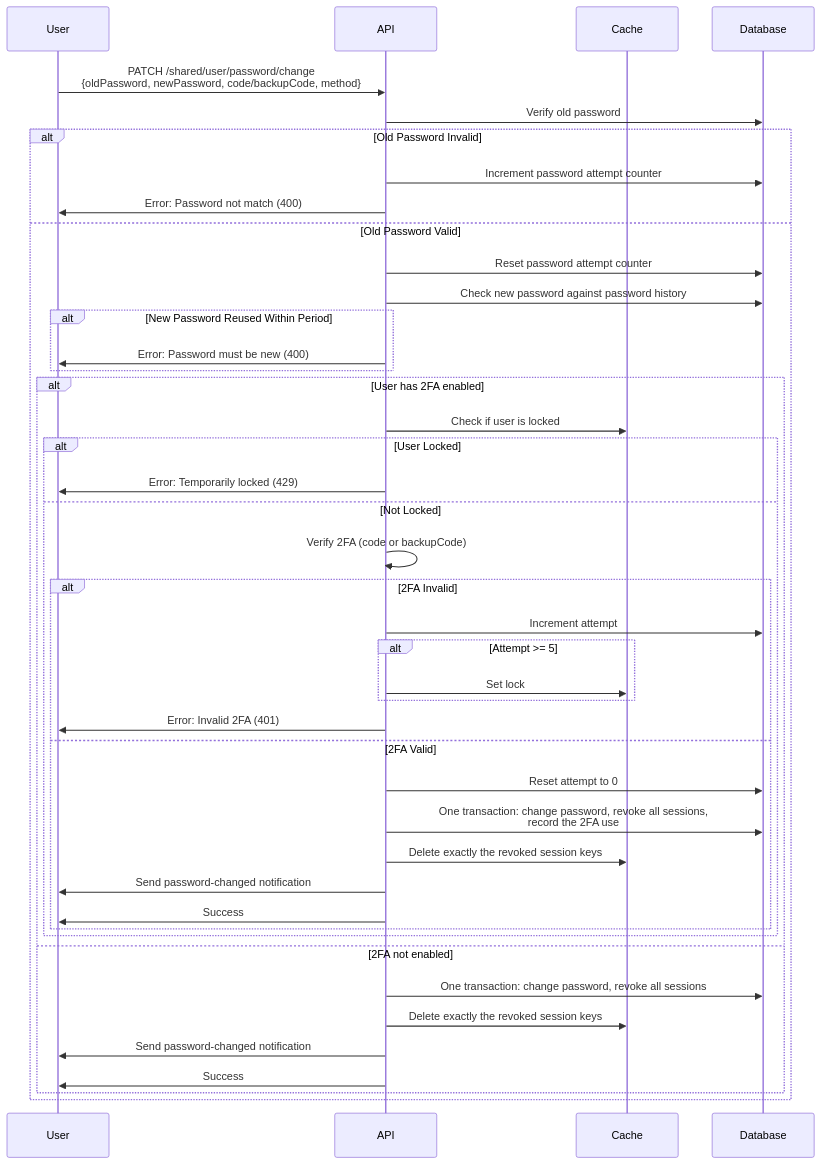
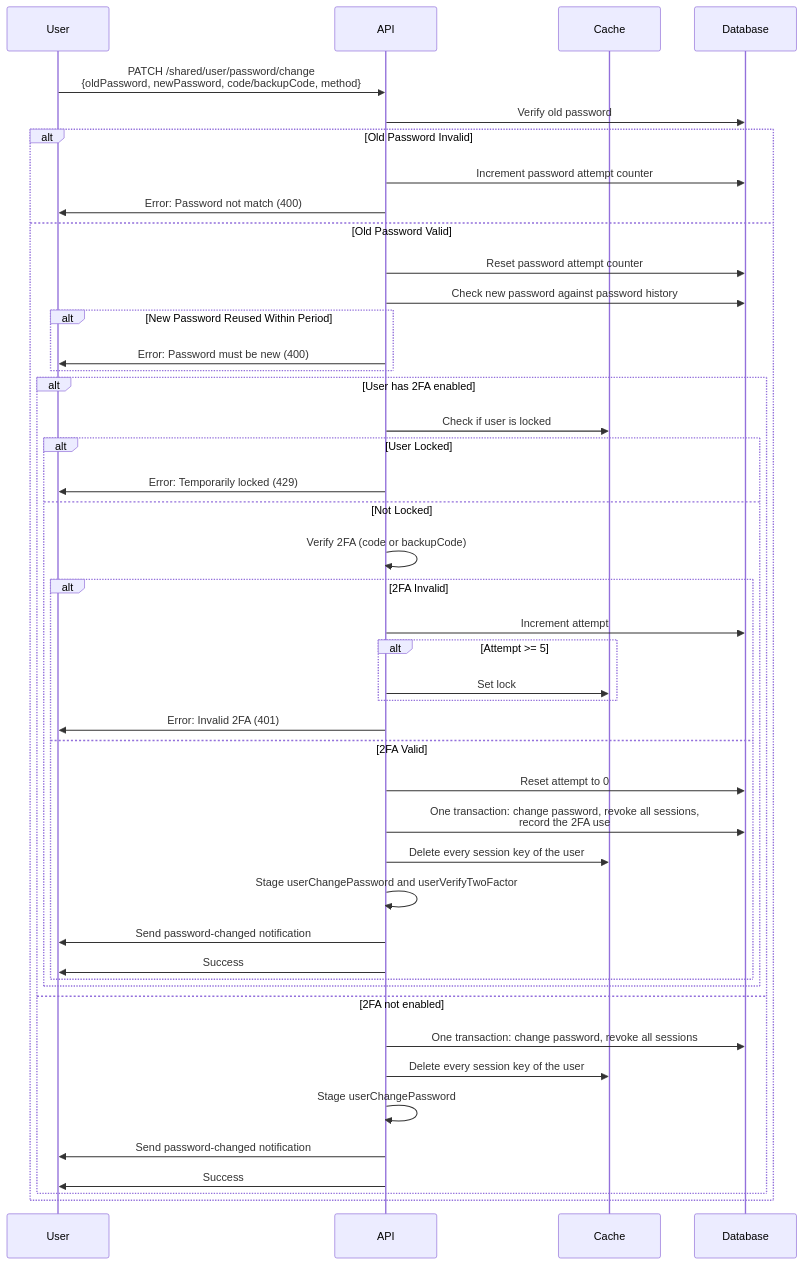
One commit to andrechristikan/ack-nestjs-boilerplate changed the seventh of 9 diagrams in docs/two-factor.md. Above: the diagram before and after it, drawn with Mermaid. The commit also changed other lines of this file and 141 other files, not shown here.

````diff
--- a/docs/two-factor.md
+++ b/docs/two-factor.md
@@ -414,46 +429,48 @@
 ```mermaid
 sequenceDiagram
     participant User
     participant API
     participant Cache
     participant Database
 
     User->>API: PATCH /shared/user/password/change<br/>{oldPassword, newPassword, code/backupCode, method}
     API->>Database: Verify old password
     alt Old Password Invalid
         API->>Database: Increment password attempt counter
         API->>User: Error: Password not match (400)
     else Old Password Valid
         API->>Database: Reset password attempt counter
         API->>Database: Check new password against password history
         alt New Password Reused Within Period
             API->>User: Error: Password must be new (400)
         end
         alt User has 2FA enabled
             API->>Cache: Check if user is locked
             alt User Locked
                 API->>User: Error: Temporarily locked (429)
             else Not Locked
                 API->>API: Verify 2FA (code or backupCode)
                 alt 2FA Invalid
                     API->>Database: Increment attempt
                     alt Attempt >= 5
                         API->>Cache: Set lock
                     end
                     API->>User: Error: Invalid 2FA (401)
                 else 2FA Valid
                     API->>Database: Reset attempt to 0
                     API->>Database: One transaction: change password, revoke all sessions,<br/>record the 2FA use
-                    API->>Cache: Delete exactly the revoked session keys
+                    API->>Cache: Delete every session key of the user
+                    API->>API: Stage userChangePassword and userVerifyTwoFactor
                     API->>User: Send password-changed notification
                     API->>User: Success
                 end
             end
         else 2FA not enabled
             API->>Database: One transaction: change password, revoke all sessions
-            API->>Cache: Delete exactly the revoked session keys
+            API->>Cache: Delete every session key of the user
+            API->>API: Stage userChangePassword
             API->>User: Send password-changed notification
             API->>User: Success
         end
     end
 ```
````
